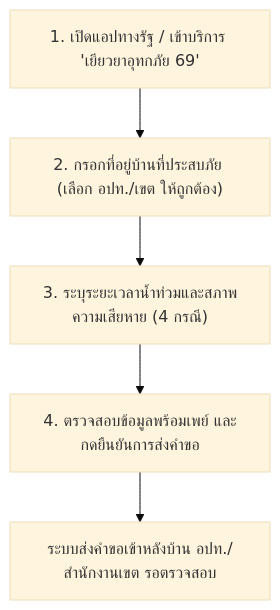
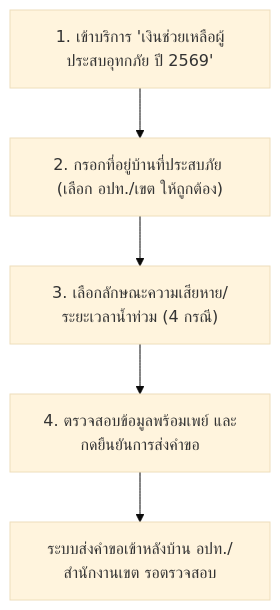
The diagram in faq/faq-tangrat-miniapp.md (astrathezero/kb-flood-relief69), drawn with Mermaid (base theme) before and after one commit. The commit also changed other lines of this file and 1 other file, not shown here.

````diff
--- a/faq/faq-tangrat-miniapp.md
+++ b/faq/faq-tangrat-miniapp.md
@@ -55,7 +48,7 @@
 ```mermaid
 graph TD
-    A["1. เปิดแอปทางรัฐ / เข้าบริการ 'เยียวยาอุทกภัย 69'"] --> B["2. กรอกที่อยู่บ้านที่ประสบภัย (เลือก อปท./เขต ให้ถูกต้อง)"]
-    B --> C["3. ระบุระยะเวลาน้ำท่วมและสภาพความเสียหาย (4 กรณี)"]
+    A["1. เข้าบริการ 'เงินช่วยเหลือผู้ประสบอุทกภัย ปี 2569'"] --> B["2. กรอกที่อยู่บ้านที่ประสบภัย (เลือก อปท./เขต ให้ถูกต้อง)"]
+    B --> C["3. เลือกลักษณะความเสียหาย/ระยะเวลาน้ำท่วม (4 กรณี)"]
     C --> D["4. ตรวจสอบข้อมูลพร้อมเพย์ และกดยืนยันการส่งคำขอ"]
     D --> E["ระบบส่งคำขอเข้าหลังบ้าน อปท./สำนักงานเขต รอตรวจสอบ"]
 ```
````
